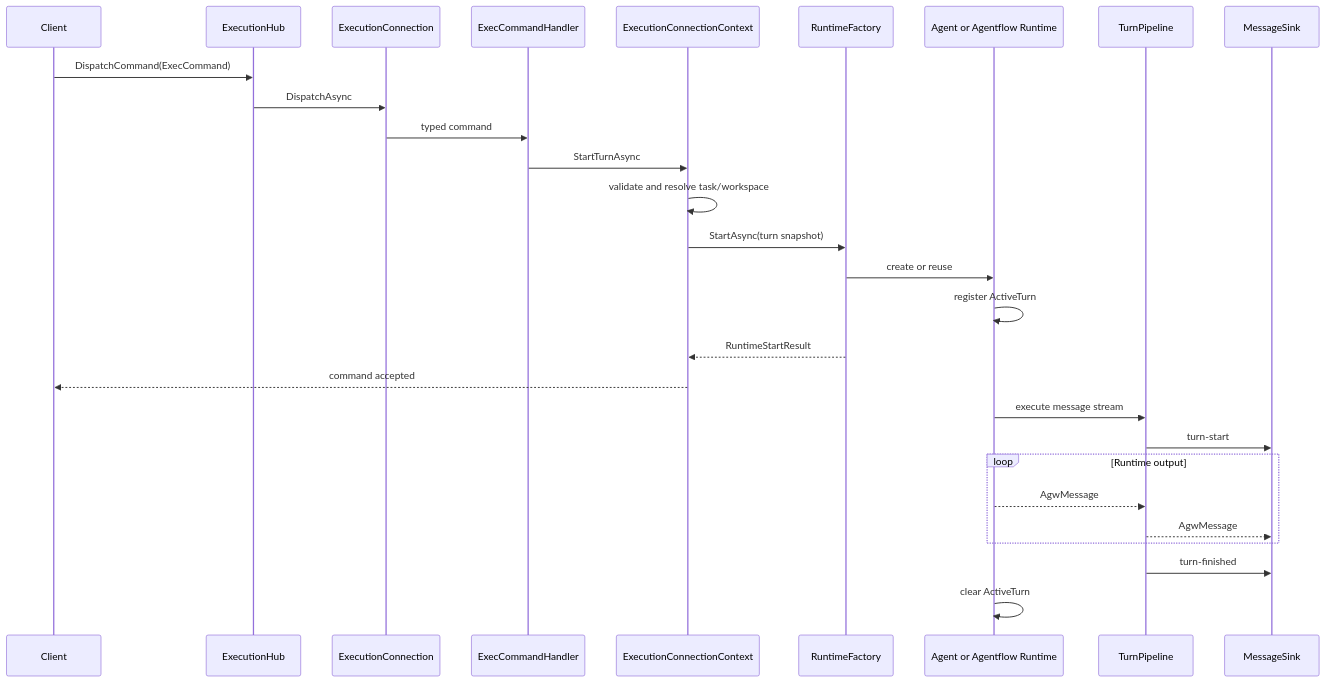
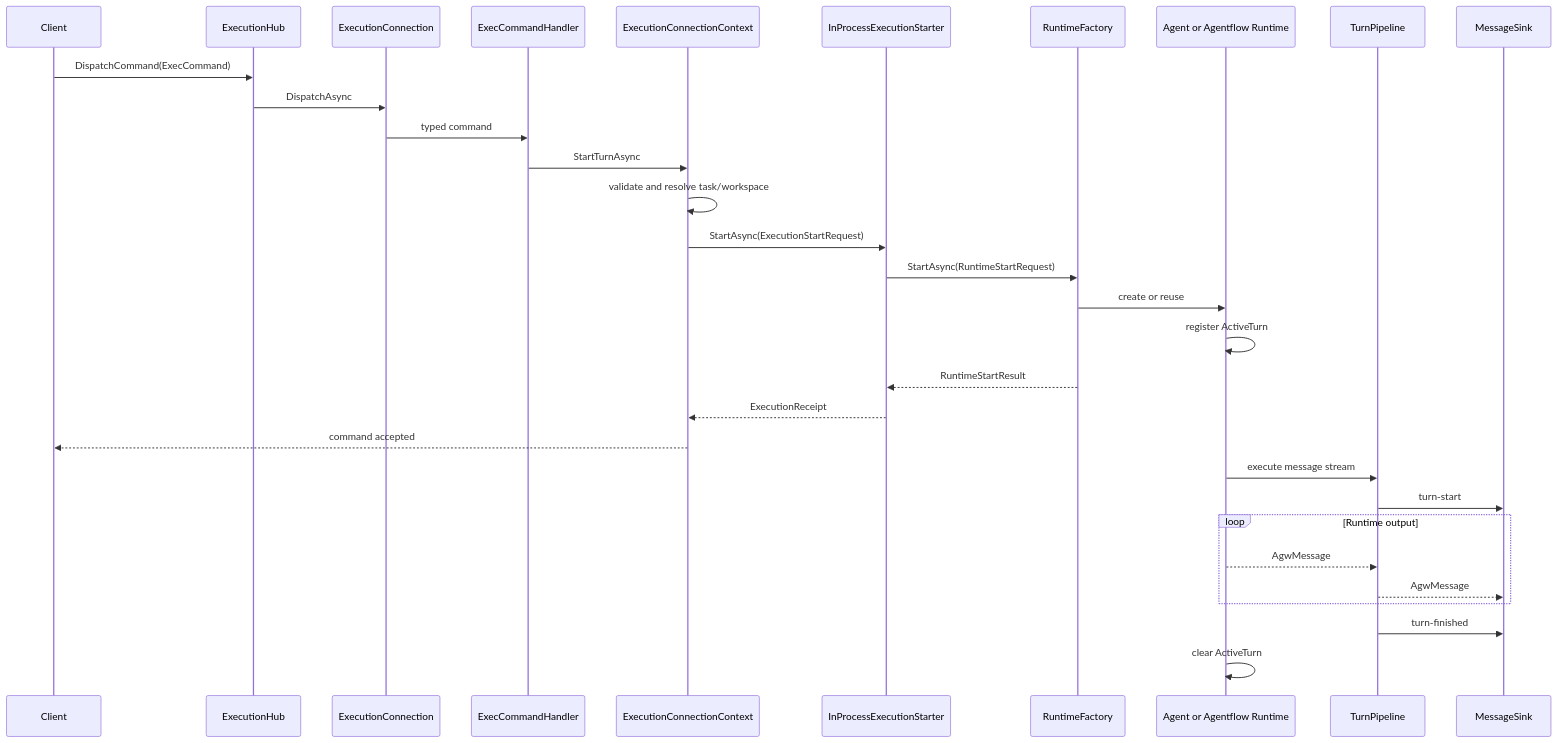
One commit to zxyao145/agw changed the second of 7 diagrams in src/server/Agw.Agents.Execution/README.md. Above: the diagram before and after it, drawn with Mermaid. The commit also changed other lines of this file and 78 other files, not shown here.

````diff
--- a/src/server/Agw.Agents.Execution/README.md
+++ b/src/server/Agw.Agents.Execution/README.md
@@ -316,32 +336,35 @@
 ```mermaid
 sequenceDiagram
     participant Client
     participant Hub as ExecutionHub
     participant Connection as ExecutionConnection
     participant Handler as ExecCommandHandler
     participant Context as ExecutionConnectionContext
+    participant Starter as InProcessExecutionStarter
     participant Factory as RuntimeFactory
     participant Runtime as Agent or Agentflow Runtime
     participant Pipeline as TurnPipeline
     participant Sink as MessageSink
 
     Client->>Hub: DispatchCommand(ExecCommand)
     Hub->>Connection: DispatchAsync
     Connection->>Handler: typed command
     Handler->>Context: StartTurnAsync
     Context->>Context: validate and resolve task/workspace
-    Context->>Factory: StartAsync(turn snapshot)
+    Context->>Starter: StartAsync(ExecutionStartRequest)
+    Starter->>Factory: StartAsync(RuntimeStartRequest)
     Factory->>Runtime: create or reuse
     Runtime->>Runtime: register ActiveTurn
-    Factory-->>Context: RuntimeStartResult
+    Factory-->>Starter: RuntimeStartResult
+    Starter-->>Context: ExecutionReceipt
     Context-->>Client: command accepted
 
     Runtime->>Pipeline: execute message stream
     Pipeline->>Sink: turn-start
     loop Runtime output
         Runtime-->>Pipeline: AgwMessage
         Pipeline-->>Sink: AgwMessage
     end
     Pipeline->>Sink: turn-finished
     Runtime->>Runtime: clear ActiveTurn
 ```
````
